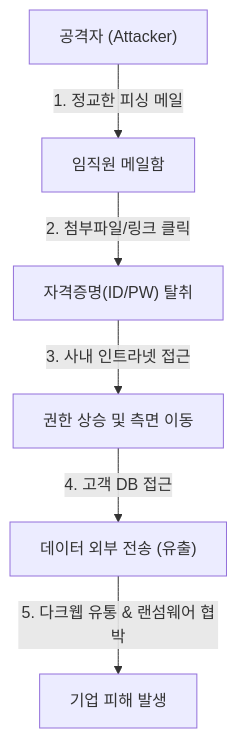
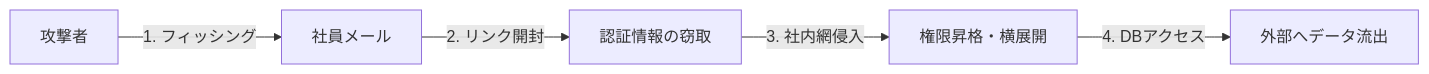
Before and after one commit to sosukeTv/slide-deck-archive: the diagram in src/content/2026-10-security-leak.md, drawn with Mermaid. The commit also changed other lines of this file and 14 other files, not shown here.

````diff
--- a/src/content/2026-10-security-leak.md
+++ b/src/content/2026-10-security-leak.md
@@ -44,8 +41,7 @@
 ```mermaid
-flowchart TD
-    A["공격자 (Attacker)"] -->|"1. 정교한 피싱 메일"| B["임직원 메일함"]
-    B -->|"2. 첨부파일/링크 클릭"| C["자격증명(ID/PW) 탈취"]
-    C -->|"3. 사내 인트라넷 접근"| D["권한 상승 및 측면 이동"]
-    D -->|"4. 고객 DB 접근"| E["데이터 외부 전송 (유출)"]
-    E -->|"5. 다크웹 유통 & 랜섬웨어 협박"| F["기업 피해 발생"]
+flowchart LR
+    A["攻撃者"] -->|"1. フィッシング"| B["社員メール"]
+    B -->|"2. リンク開封"| C["認証情報の窃取"]
+    C -->|"3. 社内網侵入"| D["権限昇格・横展開"]
+    D -->|"4. DBアクセス"| E["外部へデータ流出"]
 ```
````
